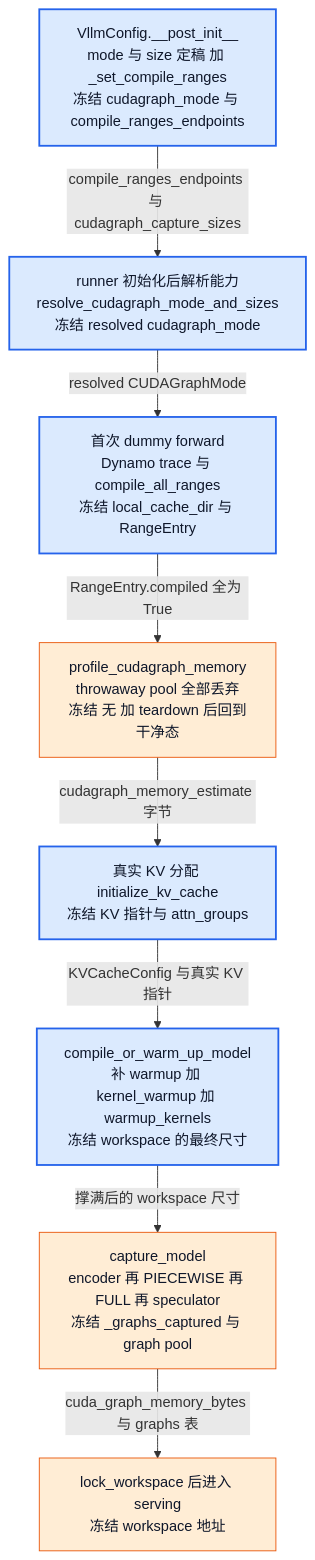
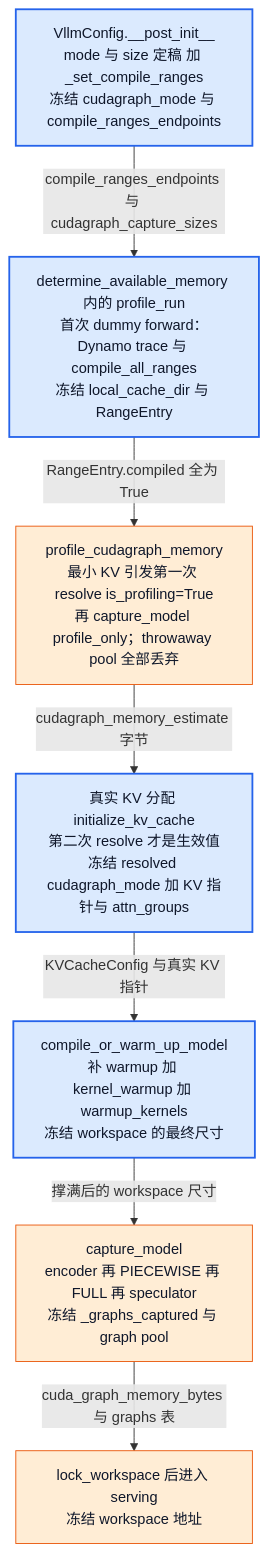
Before and after one commit to suhaibo666/llm-knowledge: the second of 3 diagrams in wiki/02_engineering/03_infer_frameworks/vllm/19_vllm_compilation_cudagraph_analysis.md, drawn with Mermaid. The commit also changed other lines of this file and 59 other files, not shown here.

````diff
--- a/wiki/02_engineering/03_infer_frameworks/vllm/19_vllm_compilation_cudagraph_analysis.md
+++ b/wiki/02_engineering/03_infer_frameworks/vllm/19_vllm_compilation_cudagraph_analysis.md
@@ -329,22 +333,20 @@
 ```mermaid
 flowchart TB
     A["VllmConfig.__post_init__<br/>mode 与 size 定稿 加 _set_compile_ranges<br/>冻结 cudagraph_mode 与 compile_ranges_endpoints"]
-    B["runner 初始化后解析能力<br/>resolve_cudagraph_mode_and_sizes<br/>冻结 resolved cudagraph_mode"]
-    C["首次 dummy forward<br/>Dynamo trace 与 compile_all_ranges<br/>冻结 local_cache_dir 与 RangeEntry"]
-    D["profile_cudagraph_memory<br/>throwaway pool 全部丢弃<br/>冻结 无 加 teardown 后回到干净态"]
-    E["真实 KV 分配 initialize_kv_cache<br/>冻结 KV 指针与 attn_groups"]
+    C["determine_available_memory 内的 profile_run<br/>首次 dummy forward：Dynamo trace 与 compile_all_ranges<br/>冻结 local_cache_dir 与 RangeEntry"]
+    D["profile_cudagraph_memory<br/>最小 KV 引发第一次 resolve is_profiling=True<br/>再 capture_model profile_only；throwaway pool 全部丢弃"]
+    E["真实 KV 分配 initialize_kv_cache<br/>第二次 resolve 才是生效值<br/>冻结 resolved cudagraph_mode 加 KV 指针与 attn_groups"]
     F["compile_or_warm_up_model<br/>补 warmup 加 kernel_warmup 加 warmup_kernels<br/>冻结 workspace 的最终尺寸"]
     G["capture_model<br/>encoder 再 PIECEWISE 再 FULL 再 speculator<br/>冻结 _graphs_captured 与 graph pool"]
     H["lock_workspace 后进入 serving<br/>冻结 workspace 地址"]
-    A -->|compile_ranges_endpoints 与 cudagraph_capture_sizes| B
-    B -->|resolved CUDAGraphMode| C
+    A -->|compile_ranges_endpoints 与 cudagraph_capture_sizes| C
     C -->|RangeEntry.compiled 全为 True| D
     D -->|cudagraph_memory_estimate 字节| E
     E -->|KVCacheConfig 与真实 KV 指针| F
     F -->|撑满后的 workspace 尺寸| G
     G -->|cuda_graph_memory_bytes 与 graphs 表| H
     classDef acc1 fill:#dbeafe,stroke:#2563eb,color:#0f172a,stroke-width:2px
     classDef warn fill:#ffedd5,stroke:#ea580c,color:#0f172a
-    class A,B,C,E,F acc1
+    class A,C,E,F acc1
     class D,G,H warn
 ```
````
